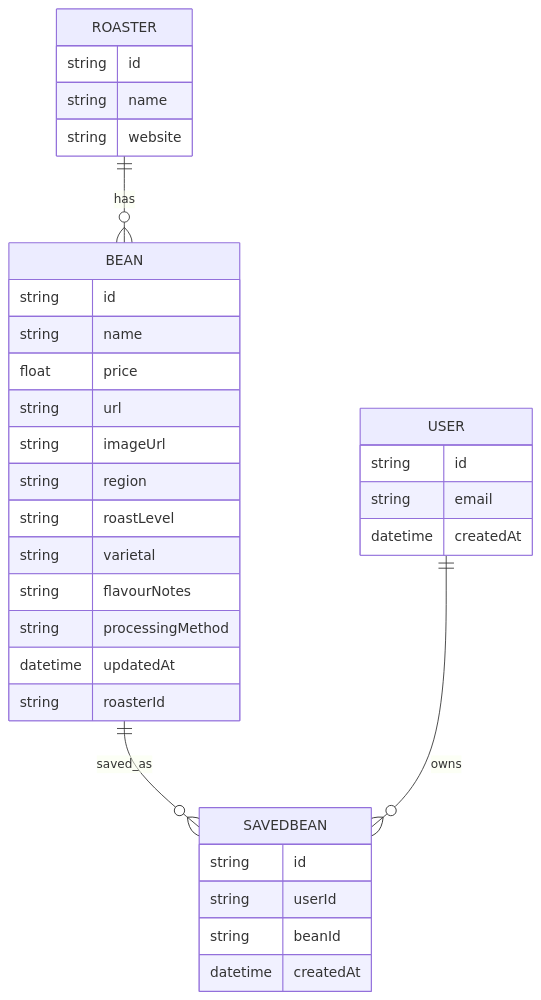
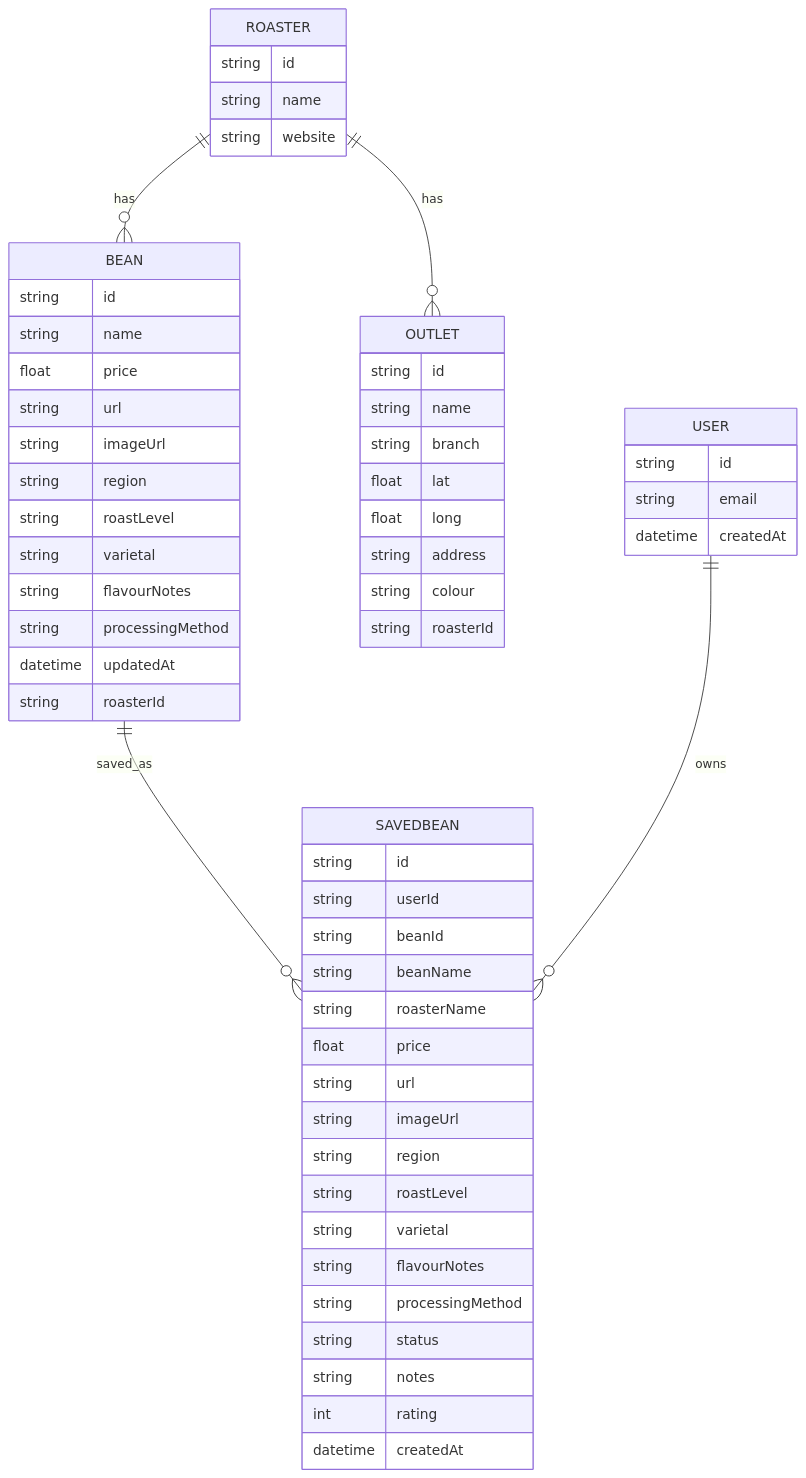
The first of 4 diagrams in README.md (edwardheww/BrewStack), drawn with Mermaid before and after one commit. The commit also changed other lines of this file, not shown here.

````diff
--- a/README.md
+++ b/README.md
@@ -585,40 +559,65 @@
 ```mermaid
 erDiagram
     ROASTER ||--o{ BEAN : has
+    ROASTER ||--o{ OUTLET : has
     BEAN ||--o{ SAVEDBEAN : saved_as
     USER ||--o{ SAVEDBEAN : owns
 
     ROASTER {
         string id
         string name
         string website
     }
 
     BEAN {
         string id
         string name
         float price
         string url
         string imageUrl
         string region
         string roastLevel
         string varietal
         string flavourNotes
         string processingMethod
         datetime updatedAt
         string roasterId
     }
 
     USER {
         string id
         string email
         datetime createdAt
     }
 
     SAVEDBEAN {
         string id
         string userId
         string beanId
+        string beanName
+        string roasterName
+        float price
+        string url
+        string imageUrl
+        string region
+        string roastLevel
+        string varietal
+        string flavourNotes
+        string processingMethod
+        string status
+        string notes
+        int rating
         datetime createdAt
     }
+
+    OUTLET {
+        string id
+        string name
+        string branch
+        float lat
+        float long
+        string address
+        string colour
+        string roasterId
+    }
 ```
````
